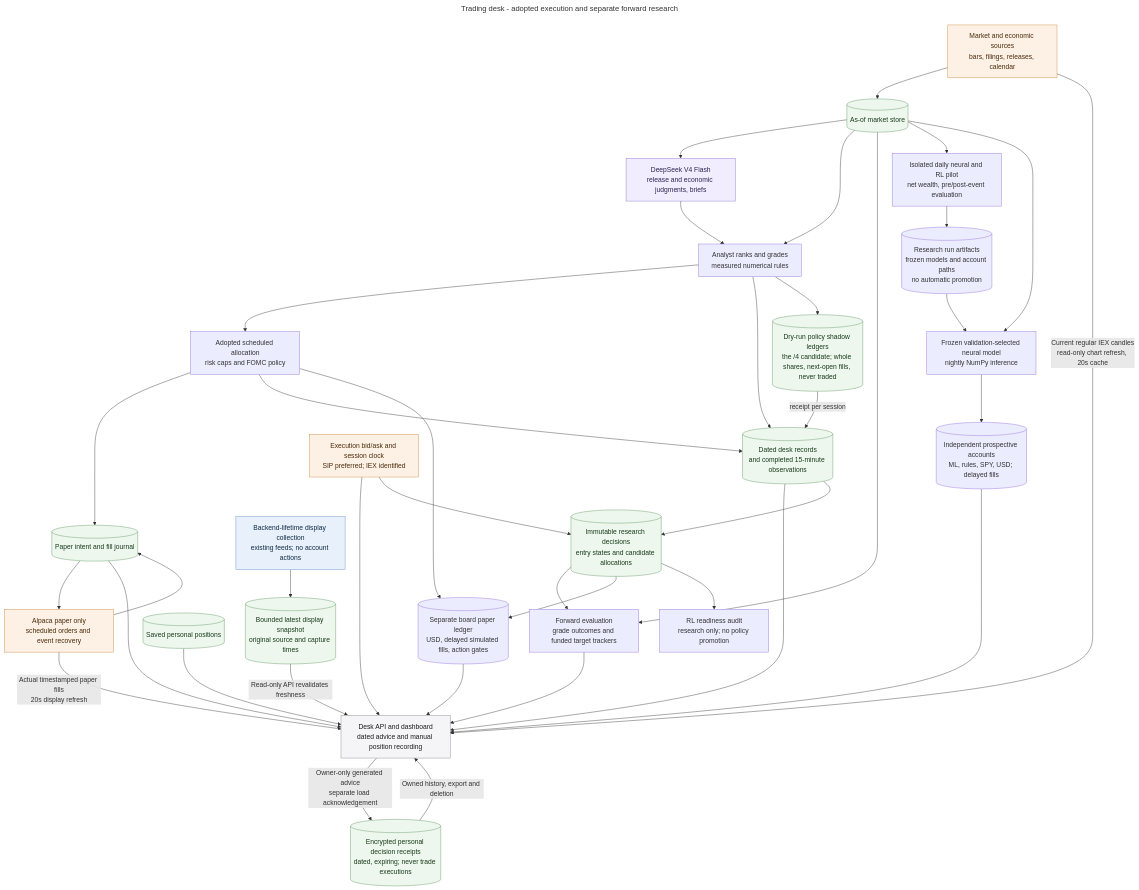
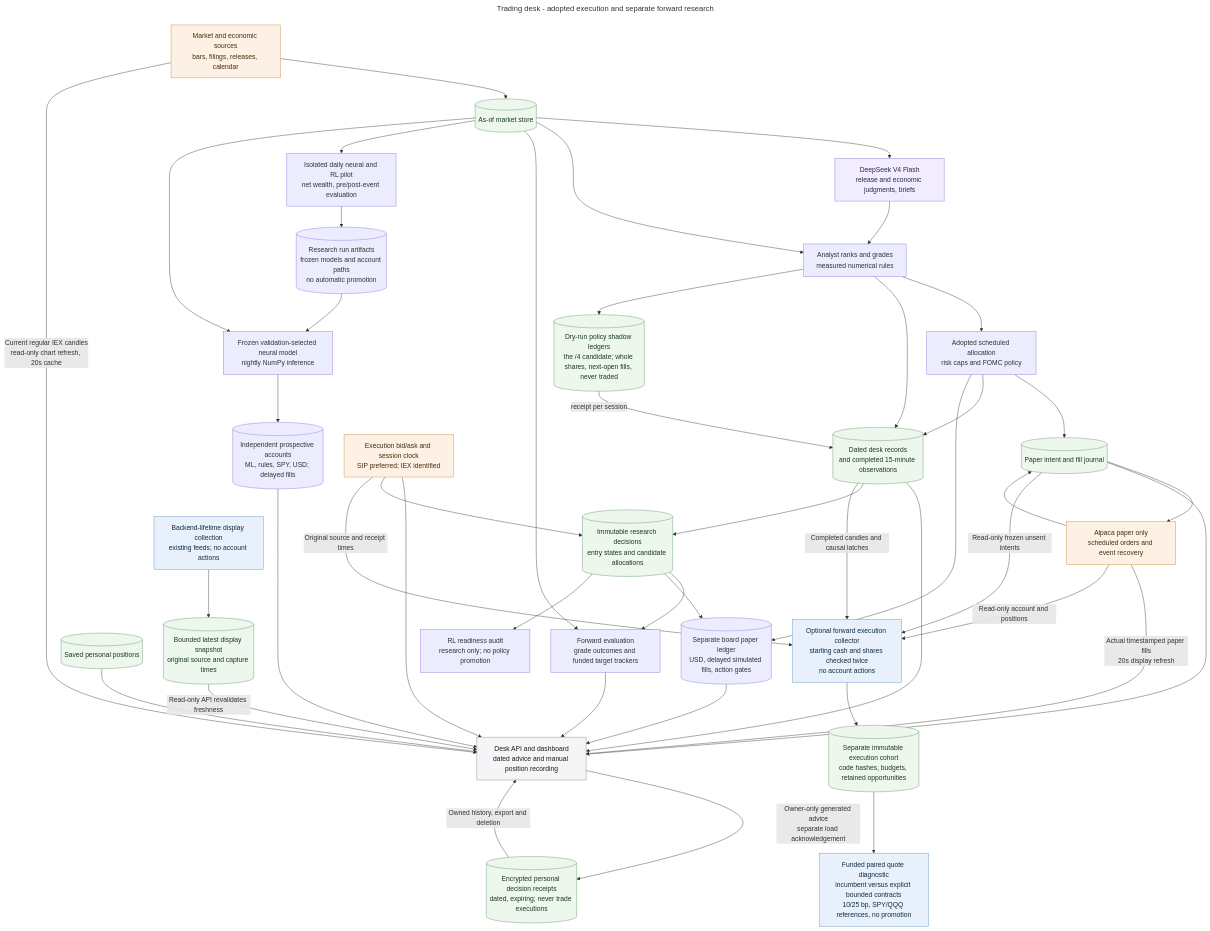
The diagram in docs/diagrams/agent-trading-desk.mmd (MallyaAni/PersonalAssistant), drawn with Mermaid before and after one commit. The commit also changed 3 other files, not shown here.

Commit message:
Record funded forward acceptance and separate execution evidence boundary

```diff
--- a/docs/diagrams/agent-trading-desk.mmd
+++ b/docs/diagrams/agent-trading-desk.mmd
@@ -1,52 +1,58 @@
 ---
 title: Trading desk - adopted execution and separate forward research
 ---
 flowchart TB
     Providers[Market and economic sources<br/>bars, filings, releases, calendar] --> Store[(As-of market store)]
     Store --> Models[DeepSeek V4 Flash<br/>release and economic judgments, briefs]
     Store --> Grades[Analyst ranks and grades<br/>measured numerical rules]
     Models --> Grades
     Grades --> Plan[Adopted scheduled allocation<br/>risk caps and FOMC policy]
     Plan --> Journal[(Paper intent and fill journal)]
     Journal --> Broker[Alpaca paper only<br/>scheduled orders and event recovery]
     Broker --> Journal
     Grades --> Records[(Dated desk records<br/>and completed 15-minute observations)]
     Plan --> Records
     Records --> View[Desk API and dashboard<br/>dated advice and manual position recording]
     Journal --> View
     Providers -->|Current regular IEX candles<br/>read-only chart refresh, 20s cache| View
     Broker -->|Actual timestamped paper fills<br/>20s display refresh| View
     Quotes[Execution bid/ask and session clock<br/>SIP preferred; IEX identified] --> View
     DisplayCollector[Backend-lifetime display collection<br/>existing feeds; no account actions] --> DisplaySnapshot[(Bounded latest display snapshot<br/>original source and capture times)]
     DisplaySnapshot -->|Read-only API revalidates freshness| View
     Holdings[(Saved personal positions)] --> View
     View -->|Owner-only generated advice<br/>separate load acknowledgement| PersonalHistory[(Encrypted personal decision receipts<br/>dated, expiring; never trade executions)]
     PersonalHistory -->|Owned history, export and deletion| View
     Records --> Research[(Immutable research decisions<br/>entry states and candidate allocations)]
     Quotes --> Research
+    Journal -->|Read-only frozen unsent intents| ExecutionCapture[Optional forward execution collector<br/>starting cash and shares checked twice<br/>no account actions]
+    Broker -->|Read-only account and positions| ExecutionCapture
+    Quotes -->|Original source and receipt times| ExecutionCapture
+    Records -->|Completed candles and causal latches| ExecutionCapture
+    ExecutionCapture --> ExecutionArchive[(Separate immutable execution cohort<br/>code hashes, budgets, retained opportunities)]
+    ExecutionArchive --> ExecutionCompare[Funded paired quote diagnostic<br/>incumbent versus explicit bounded contracts<br/>10/25 bp, SPY/QQQ references, no promotion]
     Research --> Evidence[Forward evaluation<br/>grade outcomes and funded target trackers]
     Store --> Evidence
     Evidence --> View
     Research --> Shadow[(Separate board paper ledger<br/>USD, delayed simulated fills, action gates)]
     Plan --> Shadow
     Shadow --> View
     Research --> Audit[RL readiness audit<br/>research only; no policy promotion]
     Store --> Pilot[Isolated daily neural and RL pilot<br/>net wealth, pre/post-event evaluation]
     Pilot --> Artifacts[(Research run artifacts<br/>frozen models and account paths<br/>no automatic promotion)]
     Artifacts --> Frozen[Frozen validation-selected neural model<br/>nightly NumPy inference]
     Store --> Frozen
     Frozen --> MLForward[(Independent prospective accounts<br/>ML, rules, SPY, USD; delayed fills)]
     MLForward --> View
     Grades --> PolicyShadow[(Dry-run policy shadow ledgers<br/>the /4 candidate; whole shares, next-open fills, never traded)]
     PolicyShadow -->|receipt per session| Records
 
     classDef data fill:#eef7ee,stroke:#5f9562,color:#183b1b;
     classDef external fill:#fdf1e6,stroke:#c98a3d,color:#4a2c0a;
     classDef model fill:#f1edff,stroke:#8872c6,color:#2e2450;
     classDef interface fill:#f5f5f7,stroke:#86868b,color:#1d1d1f;
     classDef application fill:#e8f1fb,stroke:#5e8fc4,color:#102a43;
-    class Store,Journal,Records,Holdings,Research,PersonalHistory,DisplaySnapshot,PolicyShadow data;
+    class Store,Journal,Records,Holdings,Research,PersonalHistory,DisplaySnapshot,PolicyShadow,ExecutionArchive data;
     class Providers,Broker,Quotes external;
     class Models model;
     class View interface;
-    class DisplayCollector application;
+    class DisplayCollector,ExecutionCapture,ExecutionCompare application;
```
